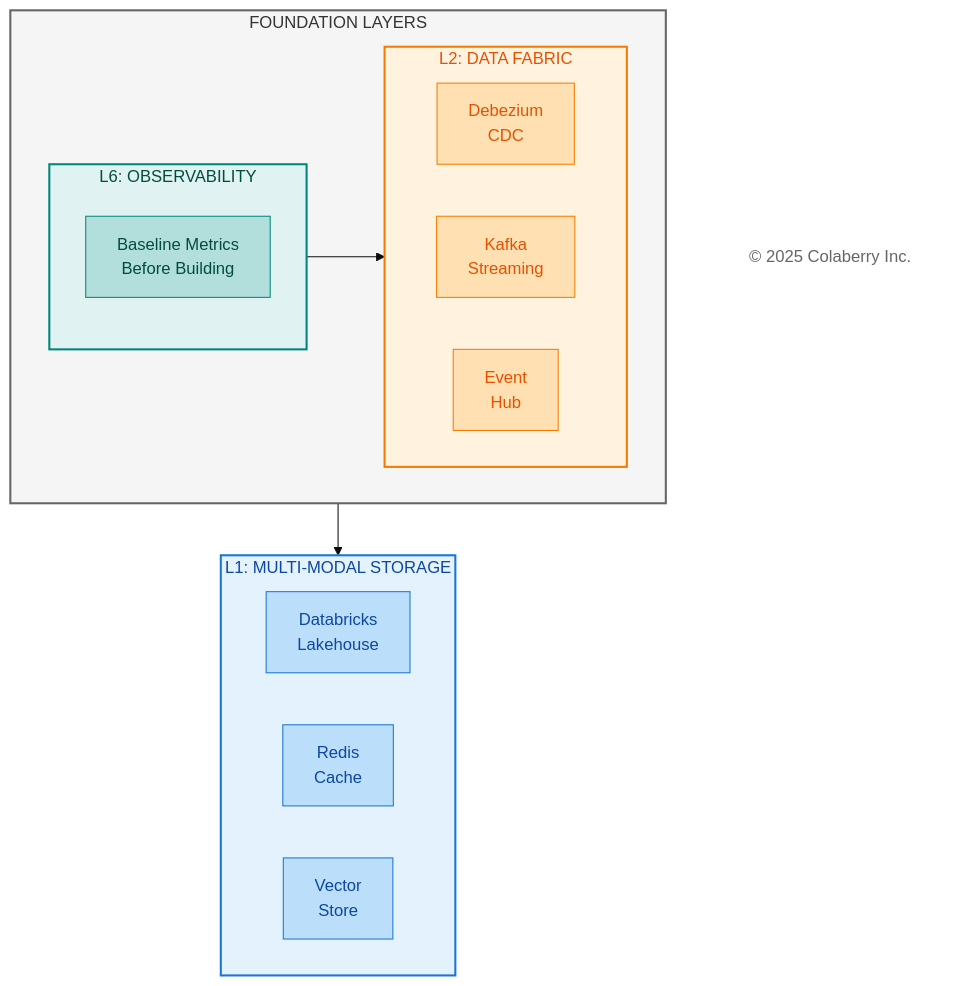
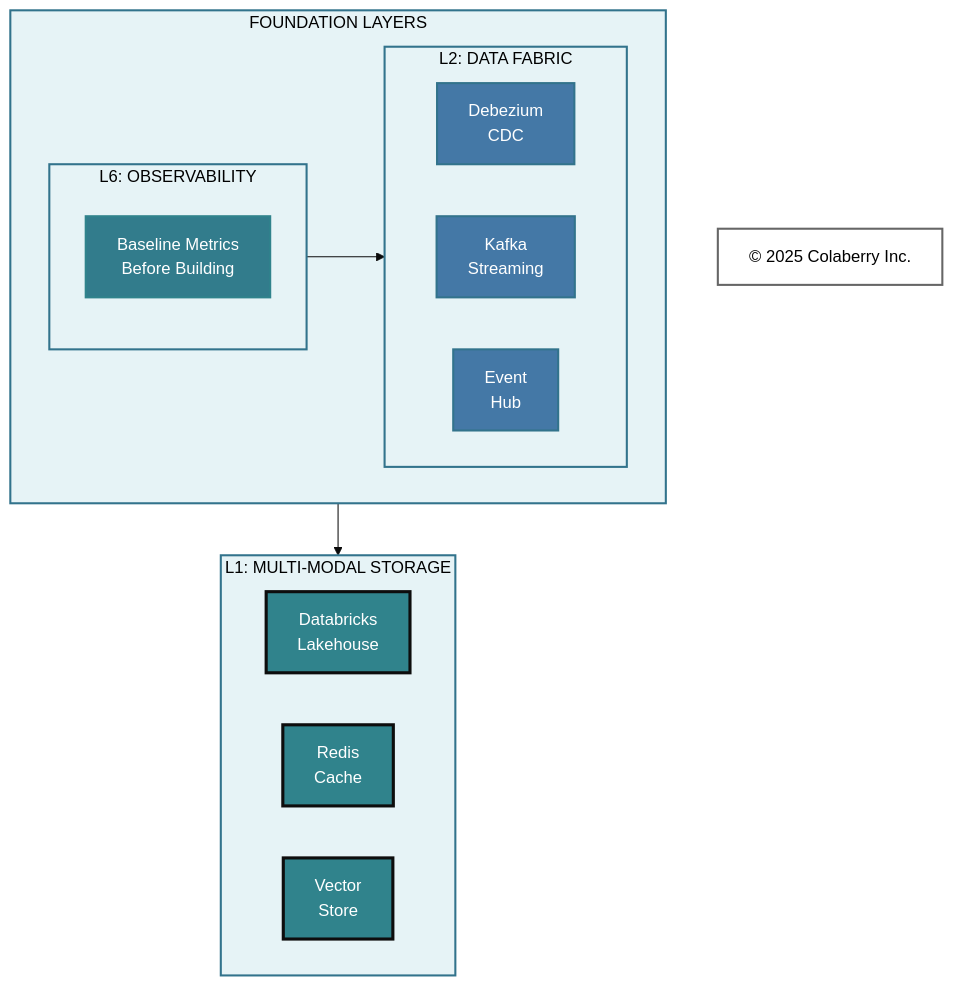
Before and after one commit to colaberry/trust-before-intelligence-book: the fourth of 7 diagrams in manuscript/11_chapter_10_week_by_week_implementation.md, drawn with Mermaid (base theme). The commit also changed other lines of this file, not shown here.

Commit message:
Update mermaid diagrams as per new coloberry color and contrast ratio for chapter 11

````diff
--- a/manuscript/11_chapter_10_week_by_week_implementation.md
+++ b/manuscript/11_chapter_10_week_by_week_implementation.md
@@ -357,43 +357,44 @@
 ```mermaid
+
 
 graph TB
     subgraph FOUNDATION["FOUNDATION LAYERS"]
         direction LR
         subgraph OBS["L6: OBSERVABILITY"]
             O1["Baseline Metrics<br/>Before Building"]
         end
         
         subgraph FABRIC["L2: DATA FABRIC"]
             direction LR
             F1["Debezium<br/>CDC"]
             F2["Kafka<br/>Streaming"]
             F3["Event<br/>Hub"]
         end
     end
     
     subgraph STORAGE["L1: MULTI-MODAL STORAGE"]
         direction LR
         S1["Databricks<br/>Lakehouse"]
         S2["Redis<br/>Cache"]
         S3["Vector<br/>Store"]
     end
     
     Copyright["© 2025 Colaberry Inc."]
     
     OBS --> FABRIC
     FOUNDATION --> STORAGE
     
-    style FOUNDATION fill:#f5f5f5,stroke:#666666,stroke-width:2px,color:#333333
-    style OBS fill:#e0f2f1,stroke:#00897b,stroke-width:2px,color:#004d40
-    style FABRIC fill:#fff3e0,stroke:#f57c00,stroke-width:2px,color:#e65100
-    style STORAGE fill:#e3f2fd,stroke:#1976d2,stroke-width:2px,color:#0d47a1
-    style O1 fill:#b2dfdb,stroke:#00897b,color:#004d40
-    style F1 fill:#ffe0b2,stroke:#f57c00,color:#e65100
-    style F2 fill:#ffe0b2,stroke:#f57c00,color:#e65100
-    style F3 fill:#ffe0b2,stroke:#f57c00,color:#e65100
-    style S1 fill:#bbdefb,stroke:#1976d2,color:#0d47a1
-    style S2 fill:#bbdefb,stroke:#1976d2,color:#0d47a1
-    style S3 fill:#bbdefb,stroke:#1976d2,color:#0d47a1
-    style Copyright fill:#ffffff,stroke:none,color:#666666
+    style FOUNDATION fill:#E6F3F6,stroke:#32738C,stroke-width:2px,color:#000000
+    style OBS fill:#E6F3F6,stroke:#32738C,stroke-width:2px,color:#000000
+    style FABRIC fill:#E6F3F6,stroke:#32738C,stroke-width:2px,color:#000000
+    style STORAGE fill:#E6F3F6,stroke:#32738C,stroke-width:2px,color:#000000
+    style O1 fill:#327C8C,stroke:#30838C,stroke-width:2px,color:#ffffff
+    style F1 fill:#4478A6,stroke:#32738C,stroke-width:2px,color:#ffffff
+    style F2 fill:#4478A6,stroke:#32738C,stroke-width:2px,color:#ffffff
+    style F3 fill:#4478A6,stroke:#32738C,stroke-width:2px,color:#ffffff
+    style S1 fill:#30838C,stroke:#0D0D0D,stroke-width:3px,color:#ffffff
+    style S2 fill:#30838C,stroke:#0D0D0D,stroke-width:3px,color:#ffffff
+    style S3 fill:#30838C,stroke:#0D0D0D,stroke-width:3px,color:#ffffff
+    style Copyright fill:#ffffff,stroke:#666666,stroke-width:2px,color:#000000
 
 ```
````
